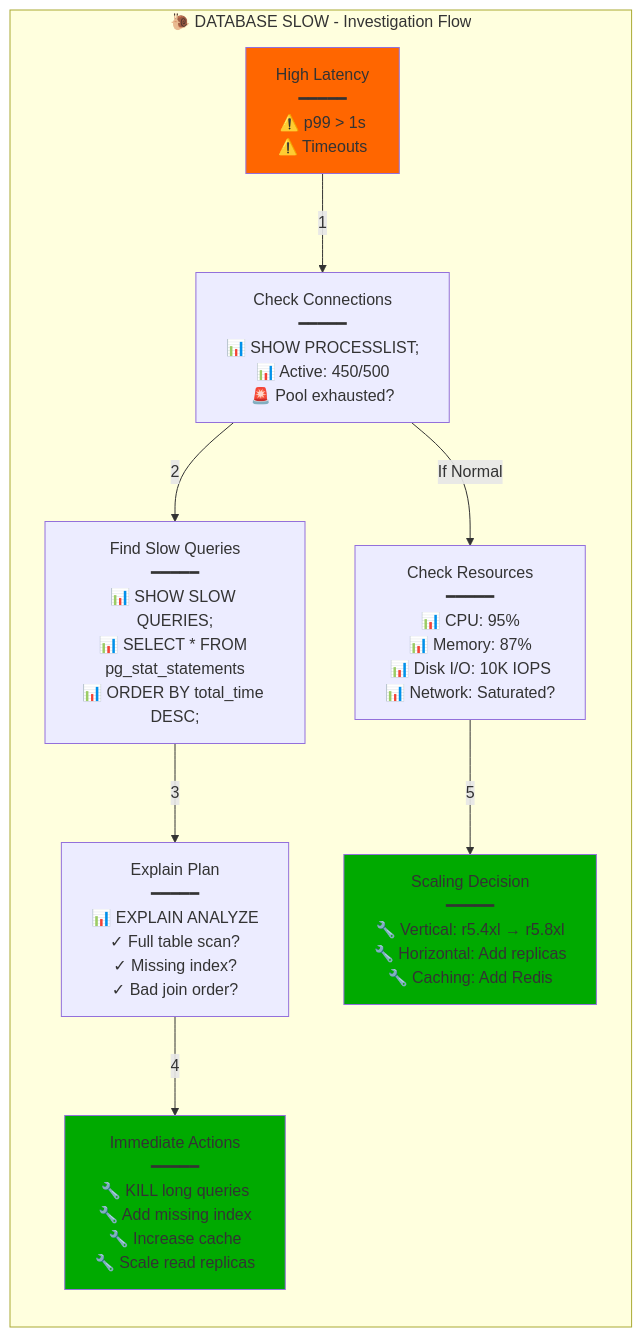
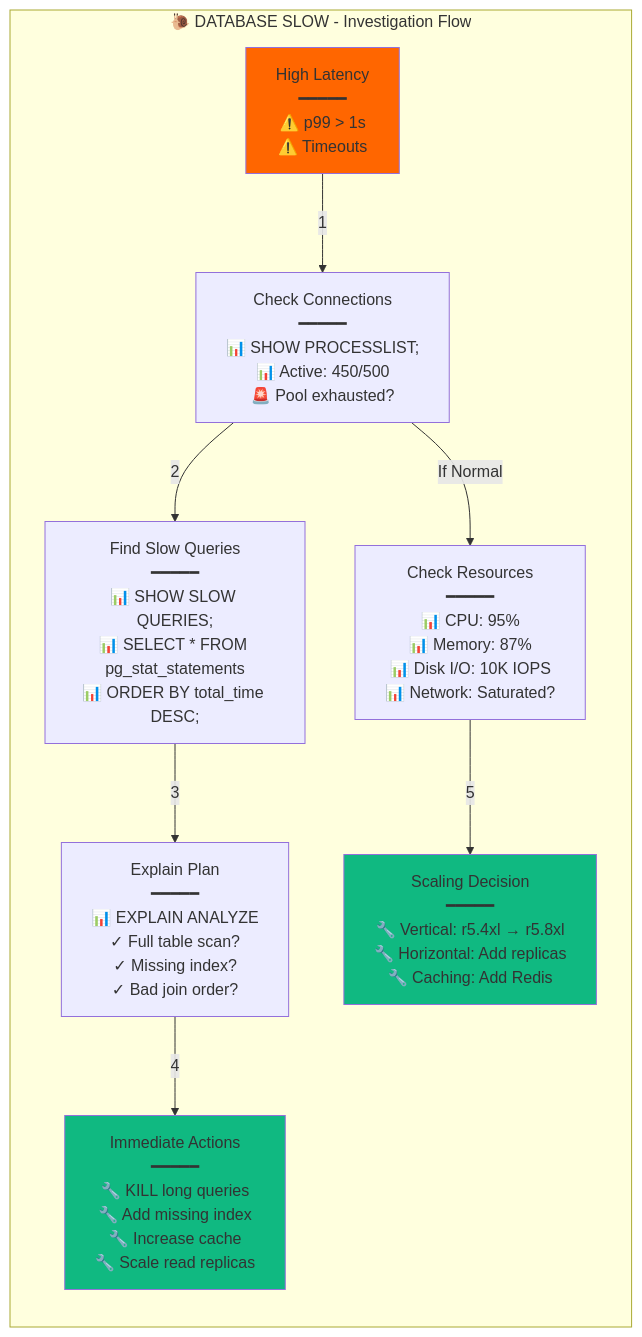
The second of 8 diagrams in site/docs/diagrams/INCIDENT_RESPONSE_TEMPLATES.md (deepaucksharma/DS), drawn with Mermaid before and after one commit. The commit also changed other lines of this file and 303 other files, not shown here.

````diff
--- a/site/docs/diagrams/INCIDENT_RESPONSE_TEMPLATES.md
+++ b/site/docs/diagrams/INCIDENT_RESPONSE_TEMPLATES.md
@@ -32,20 +32,20 @@
 ```mermaid
 graph LR
     subgraph "🐌 DATABASE SLOW - Investigation Flow"
         Symptom[High Latency<br/>━━━━━<br/>⚠️ p99 > 1s<br/>⚠️ Timeouts] -->|1| Connections[Check Connections<br/>━━━━━<br/>📊 SHOW PROCESSLIST;<br/>📊 Active: 450/500<br/>🚨 Pool exhausted?]
 
         Connections -->|2| SlowQueries[Find Slow Queries<br/>━━━━━<br/>📊 SHOW SLOW QUERIES;<br/>📊 SELECT * FROM pg_stat_statements<br/>📊 ORDER BY total_time DESC;]
 
         SlowQueries -->|3| ExplainPlan[Explain Plan<br/>━━━━━<br/>📊 EXPLAIN ANALYZE<br/>✓ Full table scan?<br/>✓ Missing index?<br/>✓ Bad join order?]
 
         ExplainPlan -->|4| QuickFix[Immediate Actions<br/>━━━━━<br/>🔧 KILL long queries<br/>🔧 Add missing index<br/>🔧 Increase cache<br/>🔧 Scale read replicas]
 
         Connections -->|If Normal| Resources[Check Resources<br/>━━━━━<br/>📊 CPU: 95%<br/>📊 Memory: 87%<br/>📊 Disk I/O: 10K IOPS<br/>📊 Network: Saturated?]
 
         Resources -->|5| Scale[Scaling Decision<br/>━━━━━<br/>🔧 Vertical: r5.4xl → r5.8xl<br/>🔧 Horizontal: Add replicas<br/>🔧 Caching: Add Redis]
     end
 
     style Symptom fill:#ff6600
-    style QuickFix fill:#00aa00
-    style Scale fill:#00aa00
+    style QuickFix fill:#10B981
+    style Scale fill:#10B981
 ```
````
